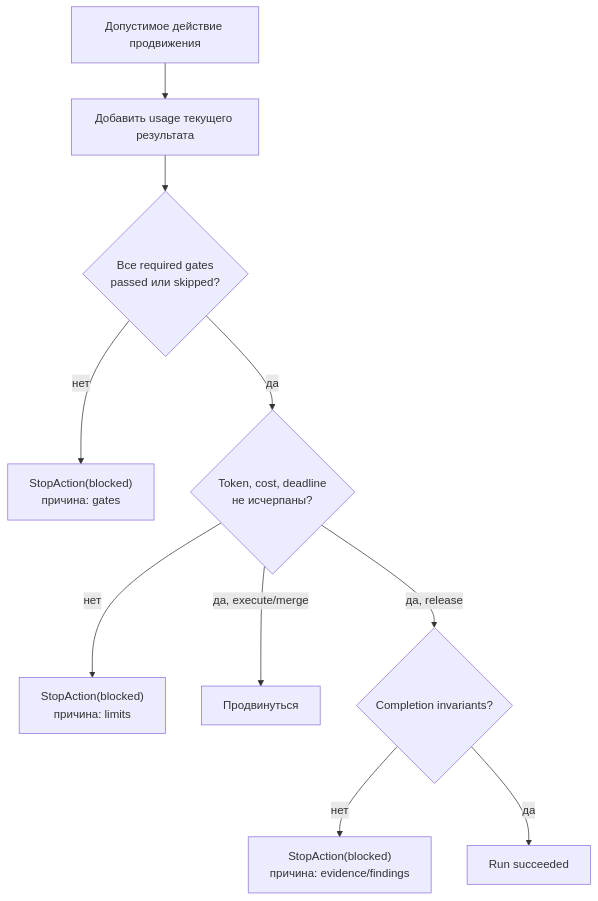
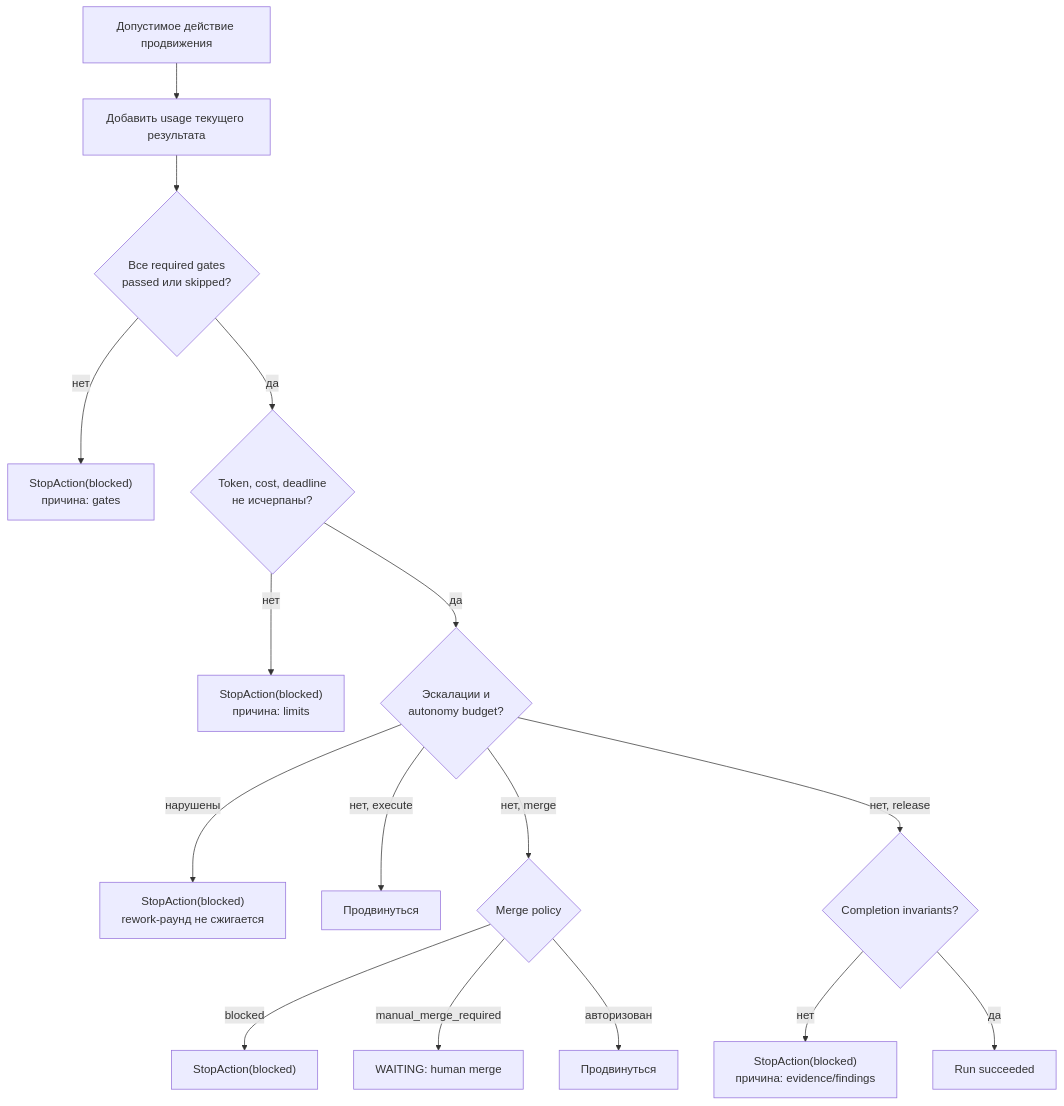
One commit to vadagama/dark-factory-mvp changed the fourth of 4 diagrams in docs/descriptions/rules.md. Above: the diagram before and after it, drawn with Mermaid. The commit also changed other lines of this file and 11 other files, not shown here.

````diff
--- a/docs/descriptions/rules.md
+++ b/docs/descriptions/rules.md
@@ -160,12 +220,18 @@
 ```mermaid
 flowchart TD
     A["Допустимое действие продвижения"] --> U["Добавить usage текущего результата"]
     U --> G{"Все required gates\npassed или skipped?"}
     G -- "нет" --> B["StopAction(blocked)\nпричина: gates"]
     G -- "да" --> L{"Token, cost, deadline\nне исчерпаны?"}
     L -- "нет" --> C["StopAction(blocked)\nпричина: limits"]
-    L -- "да, execute/merge" --> N["Продвинуться"]
-    L -- "да, release" --> I{"Completion invariants?"}
+    L -- "да" --> ESC{"Эскалации и\nautonomy budget?"}
+    ESC -- "нарушены" --> E["StopAction(blocked)\nrework-раунд не сжигается"]
+    ESC -- "нет, execute" --> N["Продвинуться"]
+    ESC -- "нет, merge" --> M{"Merge policy"}
+    M -- "blocked" --> B2["StopAction(blocked)"]
+    M -- "manual_merge_required" --> W["WAITING: human merge"]
+    M -- "авторизован" --> N2["Продвинуться"]
+    ESC -- "нет, release" --> I{"Completion invariants?"}
     I -- "нет" --> D["StopAction(blocked)\nпричина: evidence/findings"]
     I -- "да" --> S["Run succeeded"]
 ```
````
